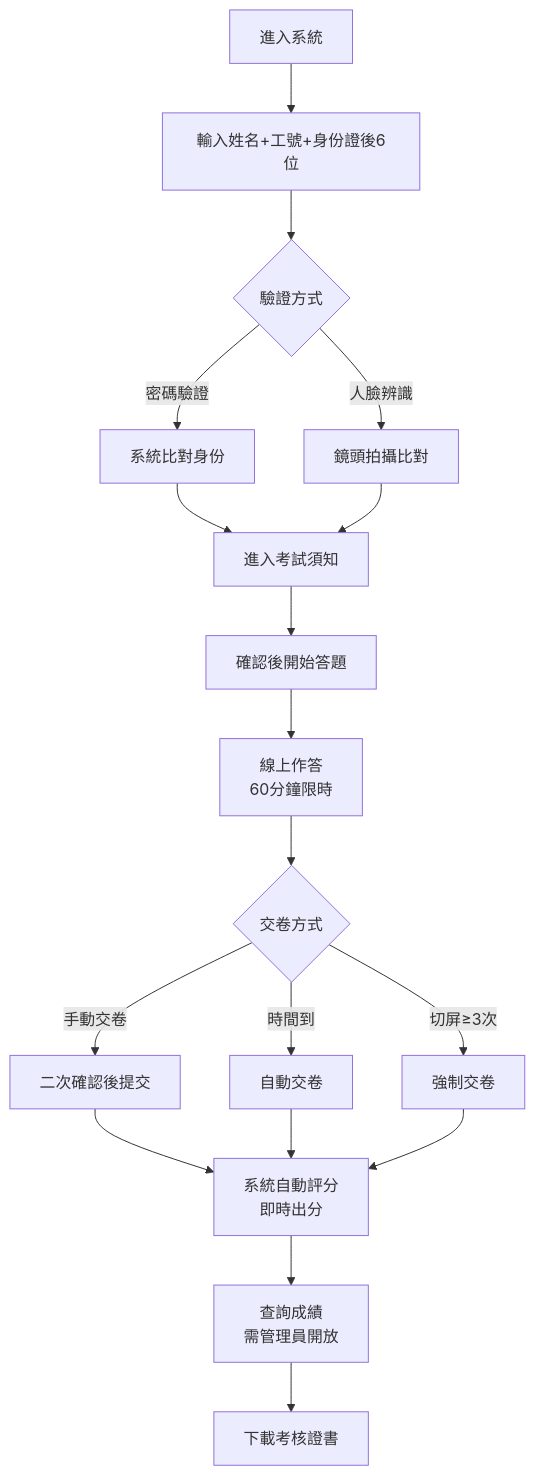
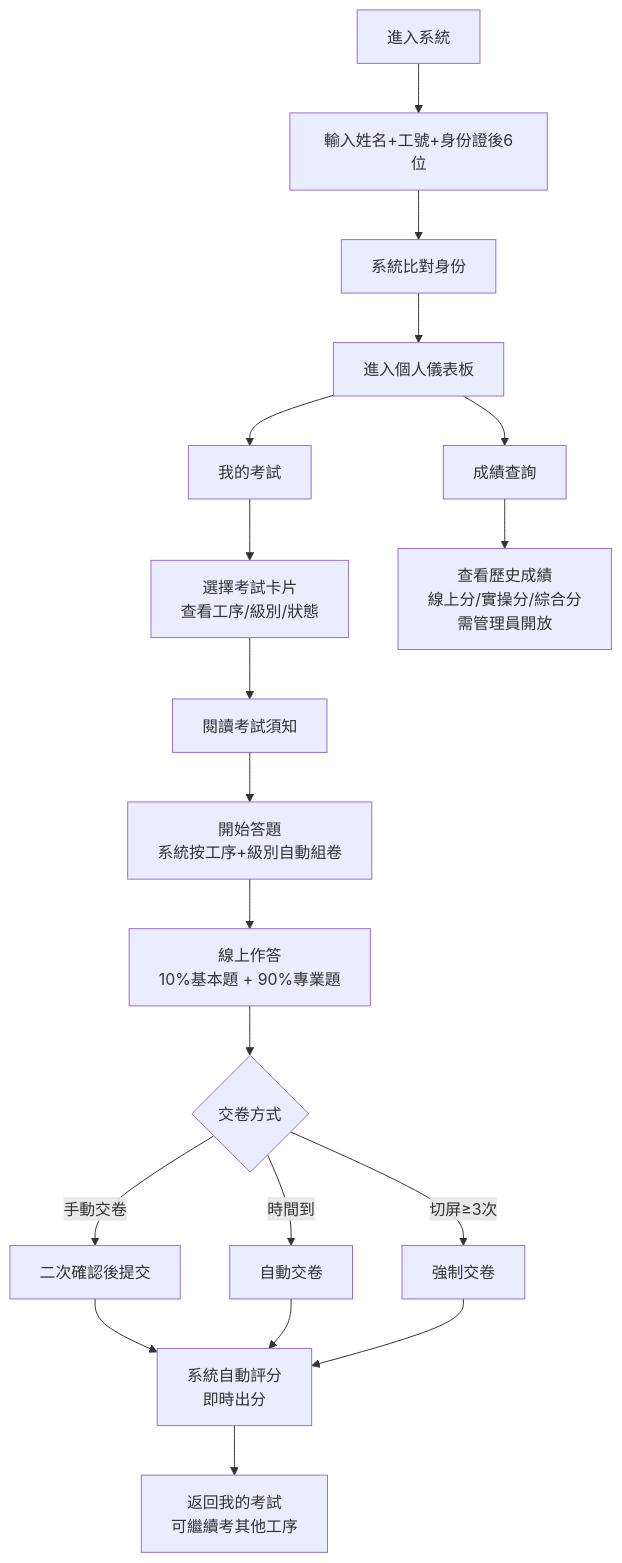
The third of 7 diagrams in SDD-Client.md (Aken-Teams/hr-online-test), drawn with Mermaid before and after one commit. The commit also changed other lines of this file and 81 other files, not shown here.

````diff
--- a/SDD-Client.md
+++ b/SDD-Client.md
@@ -74,20 +79,21 @@
 ```mermaid
 flowchart TD
     A[進入系統] --> B[輸入姓名+工號+身份證後6位]
-    B --> C{驗證方式}
-    C -->|密碼驗證| D[系統比對身份]
-    C -->|人臉辨識| E[鏡頭拍攝比對]
-    D --> F[進入考試須知]
-    E --> F
-    F --> G[確認後開始答題]
-    G --> H[線上作答<br/>60分鐘限時]
-    H --> I{交卷方式}
-    I -->|手動交卷| J[二次確認後提交]
-    I -->|時間到| K[自動交卷]
-    I -->|切屏≥3次| L[強制交卷]
-    J --> M[系統自動評分<br/>即時出分]
-    K --> M
-    L --> M
-    M --> N[查詢成績<br/>需管理員開放]
-    N --> O[下載考核證書]
+    B --> C[系統比對身份]
+    C --> D[進入個人儀表板]
+    D --> E[我的考試]
+    D --> S[成績查詢]
+    E --> F[選擇考試卡片<br/>查看工序/級別/狀態]
+    F --> G[閱讀考試須知]
+    G --> H[開始答題<br/>系統按工序+級別自動組卷]
+    H --> I[線上作答<br/>10%基本題 + 90%專業題]
+    I --> J{交卷方式}
+    J -->|手動交卷| K[二次確認後提交]
+    J -->|時間到| L[自動交卷]
+    J -->|切屏≥3次| M[強制交卷]
+    K --> N[系統自動評分<br/>即時出分]
+    L --> N
+    M --> N
+    N --> O[返回我的考試<br/>可繼續考其他工序]
+    S --> P[查看歷史成績<br/>線上分/實操分/綜合分<br/>需管理員開放]
 ```
````
